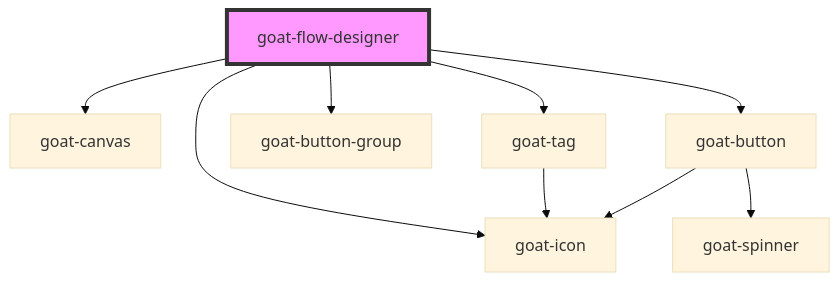
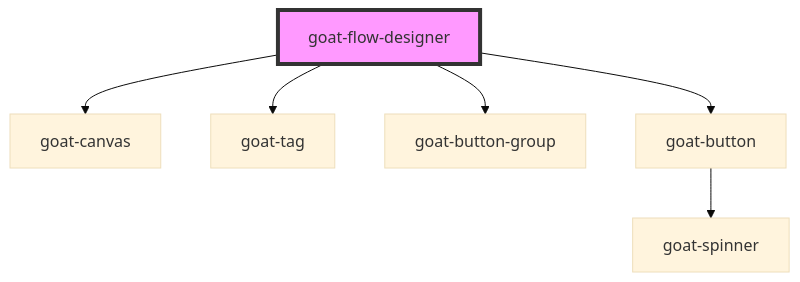
One commit to redvars/peacock changed the diagram in src/components/application/flow-designer/flow-designer/readme.md. Above: the diagram before and after it, drawn with Mermaid (base theme). The commit also changed other lines of this file and 121 other files, not shown here.

````diff
--- a/src/components/application/flow-designer/flow-designer/readme.md
+++ b/src/components/application/flow-designer/flow-designer/readme.md
@@ -28,12 +27,9 @@
 ```mermaid
 graph TD;
   goat-flow-designer --> goat-canvas
-  goat-flow-designer --> goat-icon
   goat-flow-designer --> goat-tag
   goat-flow-designer --> goat-button-group
   goat-flow-designer --> goat-button
-  goat-tag --> goat-icon
   goat-button --> goat-spinner
-  goat-button --> goat-icon
   style goat-flow-designer fill:#f9f,stroke:#333,stroke-width:4px
 ```
````
